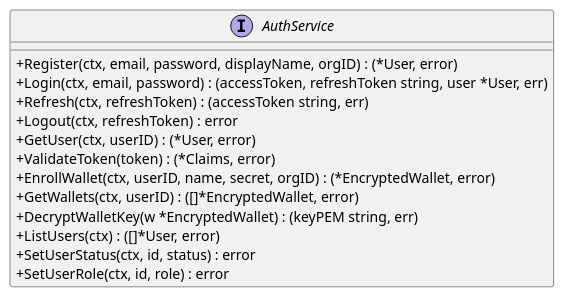
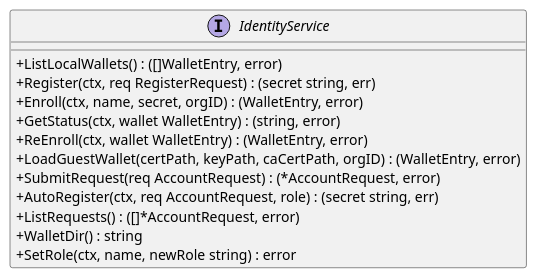
One commit to olivaux/myr changed the second of 6 diagrams in specs/3-Conception/DC_D1_Auth_Identity.md. Above: the diagram before and after it, drawn with PlantUML. The commit also changed other lines of this file and 17 other files, not shown here.

````diff
--- a/specs/3-Conception/DC_D1_Auth_Identity.md
+++ b/specs/3-Conception/DC_D1_Auth_Identity.md
@@ -274,19 +224,18 @@
 ```plantuml
 @startuml
 skinparam classAttributeIconSize 0
-interface AuthService {
-  + Register(ctx, email, password, displayName, orgID) : (*User, error)
-  + Login(ctx, email, password) : (accessToken, refreshToken string, user *User, err)
-  + Refresh(ctx, refreshToken) : (accessToken string, err)
-  + Logout(ctx, refreshToken) : error
-  + GetUser(ctx, userID) : (*User, error)
-  + ValidateToken(token) : (*Claims, error)
-  + EnrollWallet(ctx, userID, name, secret, orgID) : (*EncryptedWallet, error)
-  + GetWallets(ctx, userID) : ([]*EncryptedWallet, error)
-  + DecryptWalletKey(w *EncryptedWallet) : (keyPEM string, err)
-  + ListUsers(ctx) : ([]*User, error)
-  + SetUserStatus(ctx, id, status) : error
-  + SetUserRole(ctx, id, role) : error
+interface IdentityService {
+  + ListLocalWallets() : ([]WalletEntry, error)
+  + Register(ctx, req RegisterRequest) : (secret string, err)
+  + Enroll(ctx, name, secret, orgID) : (WalletEntry, error)
+  + GetStatus(ctx, wallet WalletEntry) : (string, error)
+  + ReEnroll(ctx, wallet WalletEntry) : (WalletEntry, error)
+  + LoadGuestWallet(certPath, keyPath, caCertPath, orgID) : (WalletEntry, error)
+  + SubmitRequest(req AccountRequest) : (*AccountRequest, error)
+  + AutoRegister(ctx, req AccountRequest, role) : (secret string, err)
+  + ListRequests() : ([]*AccountRequest, error)
+  + WalletDir() : string
+  + SetRole(ctx, name, newRole string) : error
 }
 @enduml
 ```
````
